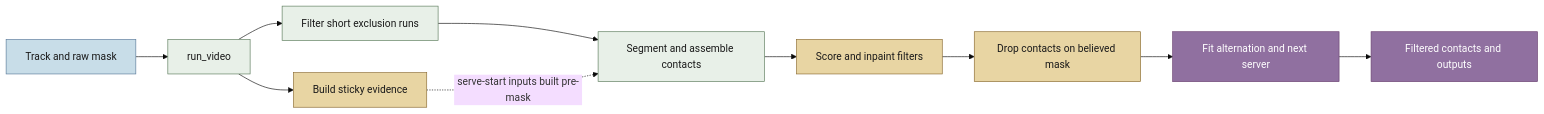
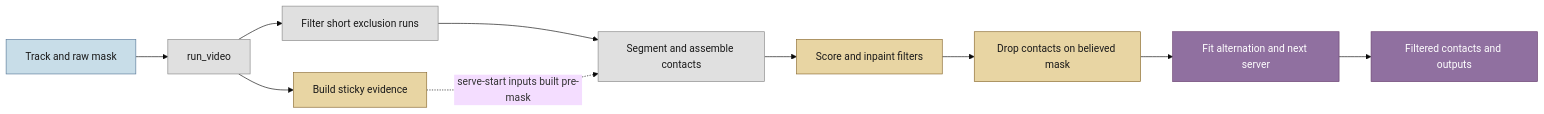
Before and after one commit to ahalp90/badminton_cv_annotator: the first of 2 diagrams in docs/scraper_pipeline/serve_prepend_lookback/serve_prepend_lookback_20260731-091227.md, drawn with Mermaid (base theme). The commit also changed other lines of this file and 5 other files, not shown here.

```diff
--- a/docs/scraper_pipeline/serve_prepend_lookback/serve_prepend_lookback_20260731-091227.md
+++ b/docs/scraper_pipeline/serve_prepend_lookback/serve_prepend_lookback_20260731-091227.md
@@ -150,21 +165,21 @@
 ~~~mermaid
 flowchart LR
     raw[Track and raw mask] --> run[run_video]
     run --> sticky[Build sticky evidence]
     run --> belief[Filter short exclusion runs]
     belief --> segment[Segment and assemble contacts]
     sticky -. serve-start inputs built pre-mask .-> segment
     segment --> score[Score and inpaint filters]
     score --> drop[Drop contacts on believed mask]
     drop --> parity[Fit alternation and next server]
     parity --> output[Filtered contacts and outputs]
 
     classDef source fill:#c8dde8,stroke:#5a7a9a,color:#1a1a1a
-    classDef boundary fill:#e8f0e8,stroke:#5a7a5a,color:#1a1a1a
+    classDef auxiliary fill:#e0e0e0,stroke:#888888,color:#1a1a1a
     classDef bridge fill:#e8d5a3,stroke:#8a6a30,color:#1a1a1a
     classDef result fill:#9070a0,stroke:#6a4070,color:#ffffff
     class raw source
-    class run,belief,segment boundary
+    class run,belief,segment auxiliary
     class sticky,score,drop bridge
     class parity,output result
 ~~~
```
